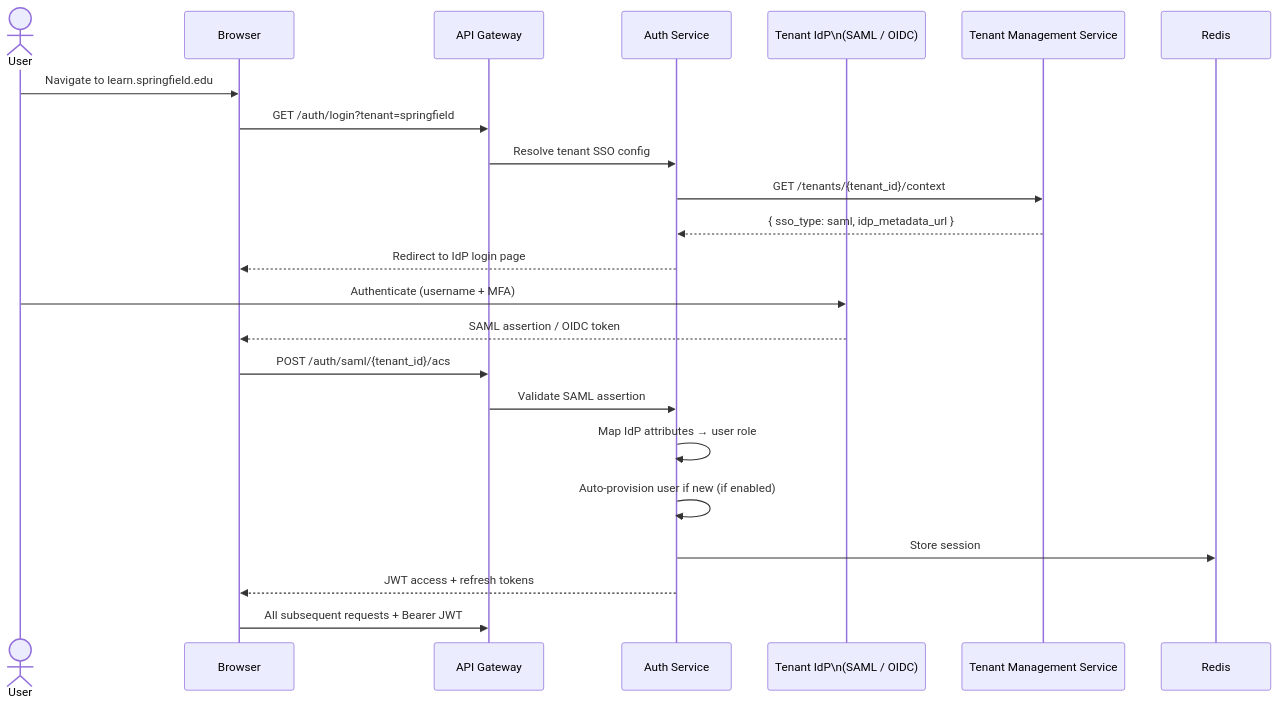
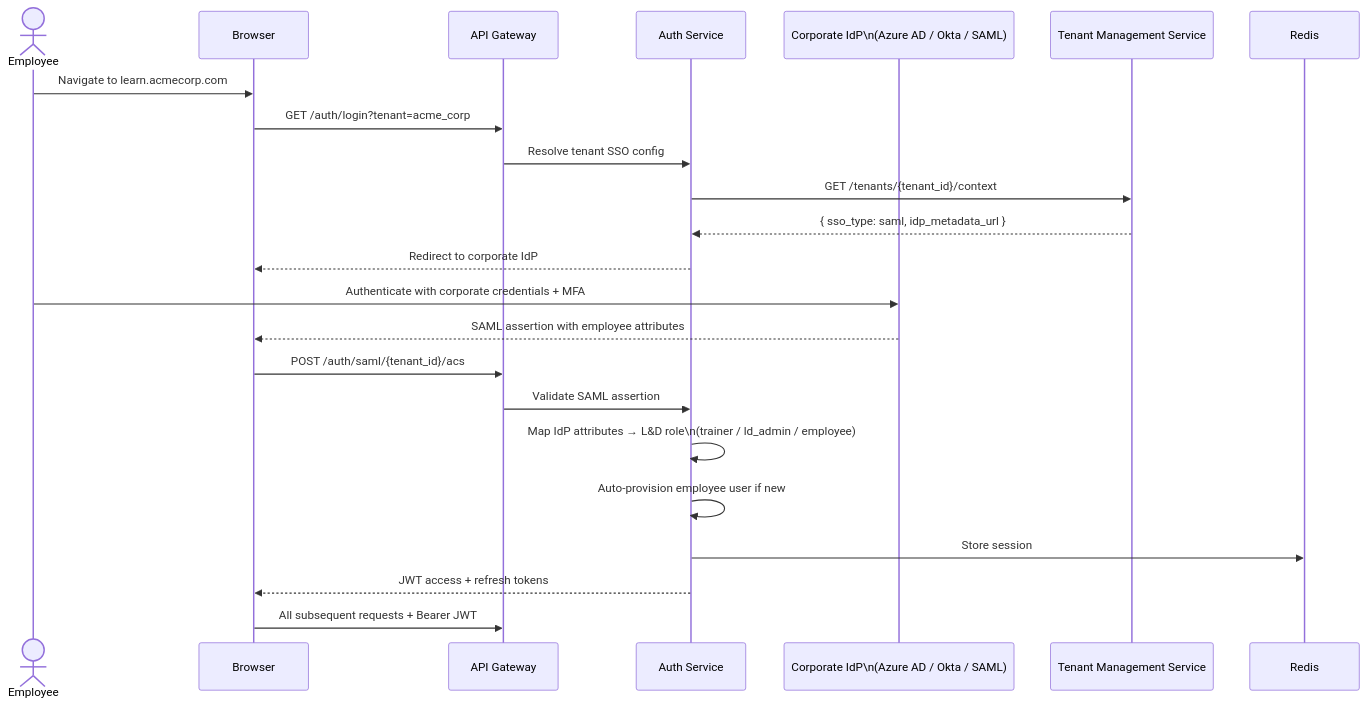
The eighth of 9 diagrams in L-D/.sasva/overview/03-technical-flows.md (taarak18/propeller), drawn with Mermaid before and after one commit. The commit also changed other lines of this file and 6 other files, not shown here.

````diff
--- a/L-D/.sasva/overview/03-technical-flows.md
+++ b/L-D/.sasva/overview/03-technical-flows.md
@@ -252,26 +260,26 @@
 ```mermaid
 sequenceDiagram
-    actor User
+    actor Employee
     participant Browser
     participant GW as API Gateway
     participant AUTH as Auth Service
-    participant IDP as Tenant IdP\n(SAML / OIDC)
+    participant IDP as Corporate IdP\n(Azure AD / Okta / SAML)
     participant TMS as Tenant Management Service
     participant REDIS as Redis
 
-    User->>Browser: Navigate to learn.springfield.edu
-    Browser->>GW: GET /auth/login?tenant=springfield
+    Employee->>Browser: Navigate to learn.acmecorp.com
+    Browser->>GW: GET /auth/login?tenant=acme_corp
     GW->>AUTH: Resolve tenant SSO config
     AUTH->>TMS: GET /tenants/{tenant_id}/context
     TMS-->>AUTH: { sso_type: saml, idp_metadata_url }
-    AUTH-->>Browser: Redirect to IdP login page
-    User->>IDP: Authenticate (username + MFA)
-    IDP-->>Browser: SAML assertion / OIDC token
+    AUTH-->>Browser: Redirect to corporate IdP
+    Employee->>IDP: Authenticate with corporate credentials + MFA
+    IDP-->>Browser: SAML assertion with employee attributes
     Browser->>GW: POST /auth/saml/{tenant_id}/acs
     GW->>AUTH: Validate SAML assertion
-    AUTH->>AUTH: Map IdP attributes → user role
-    AUTH->>AUTH: Auto-provision user if new (if enabled)
+    AUTH->>AUTH: Map IdP attributes → L&D role\n(trainer / ld_admin / employee)
+    AUTH->>AUTH: Auto-provision employee user if new
     AUTH->>REDIS: Store session
     AUTH-->>Browser: JWT access + refresh tokens
     Browser->>GW: All subsequent requests + Bearer JWT
 ```
````
